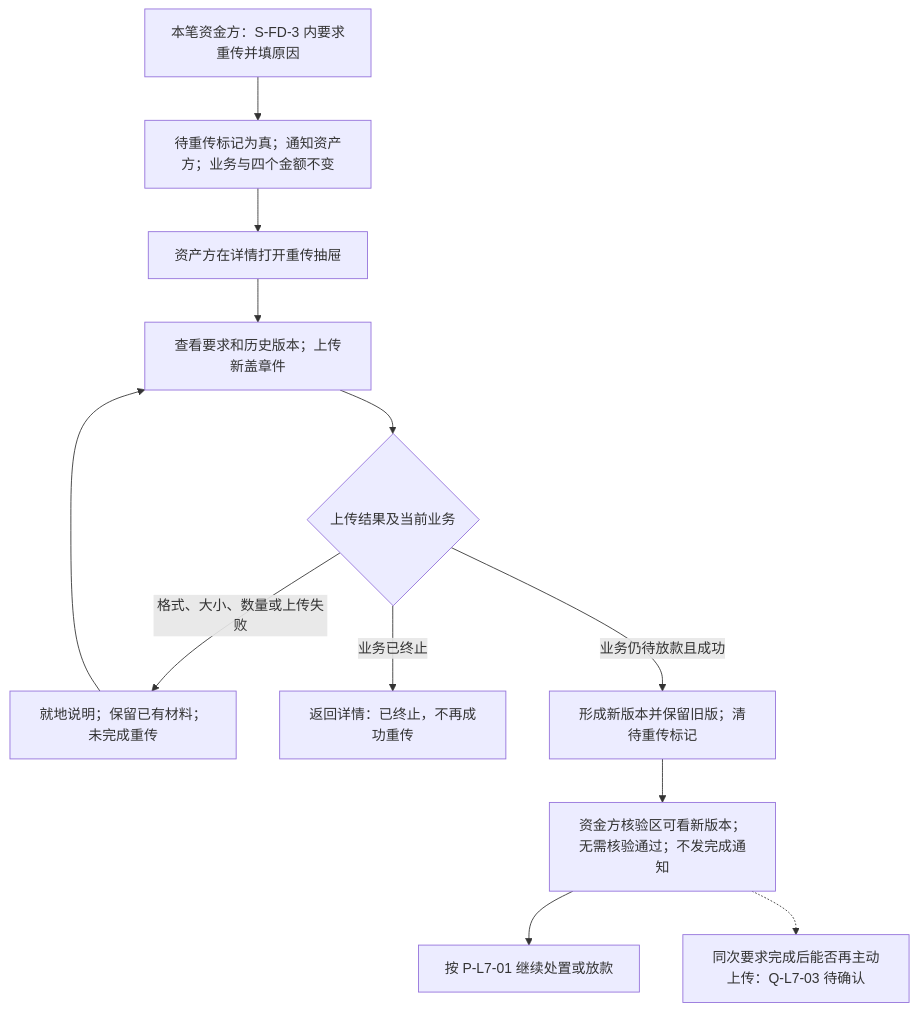
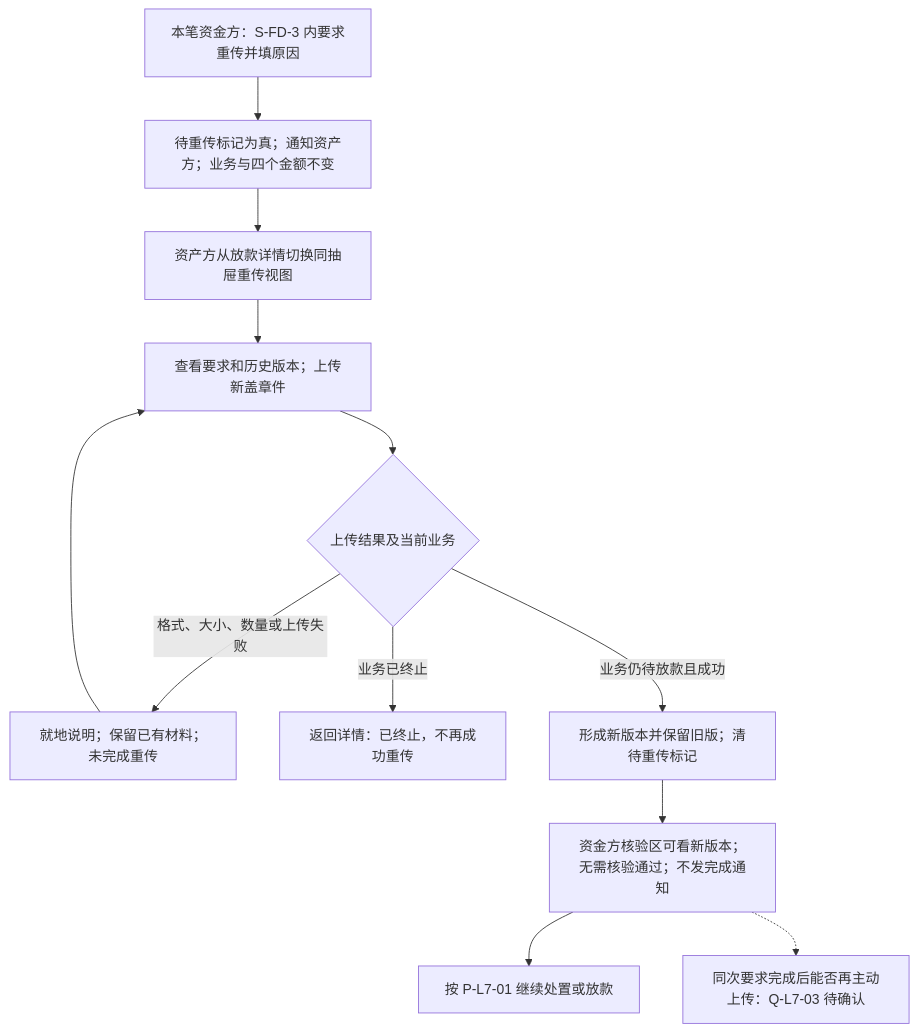
One commit to wxblockchain/Chain-Financing changed the third of 6 diagrams in lending-platform/PRD/v1.0-借贷广场-放款与放款确认/v1.0-借贷广场-放款与放款确认-流程图与状态机.md. Above: the diagram before and after it, drawn with Mermaid. The commit also changed other lines of this file and 13 other files, not shown here.

````diff
--- a/lending-platform/PRD/v1.0-借贷广场-放款与放款确认/v1.0-借贷广场-放款与放款确认-流程图与状态机.md
+++ b/lending-platform/PRD/v1.0-借贷广场-放款与放款确认/v1.0-借贷广场-放款与放款确认-流程图与状态机.md
@@ -57,14 +90,14 @@
 ```mermaid
 flowchart TD
   A[本笔资金方：S-FD-3 内要求重传并填原因] --> B[待重传标记为真；通知资产方；业务与四个金额不变]
-  B --> C[资产方在详情打开重传抽屉]
+  B --> C[资产方从放款详情切换同抽屉重传视图]
   C --> D[查看要求和历史版本；上传新盖章件]
   D --> E{上传结果及当前业务}
   E -->|格式、大小、数量或上传失败| F[就地说明；保留已有材料；未完成重传]
   F --> D
   E -->|业务已终止| G[返回详情：已终止，不再成功重传]
   E -->|业务仍待放款且成功| H[形成新版本并保留旧版；清待重传标记]
   H --> I[资金方核验区可看新版本；无需核验通过；不发完成通知]
   I --> J[按 P-L7-01 继续处置或放款]
   I -.-> Q[同次要求完成后能否再主动上传：Q-L7-03 待确认]
 ```
````
